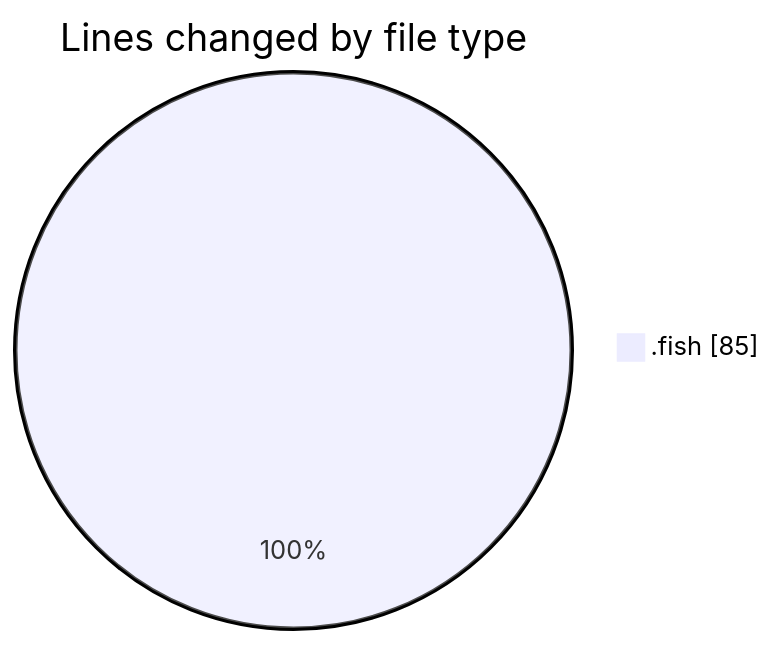
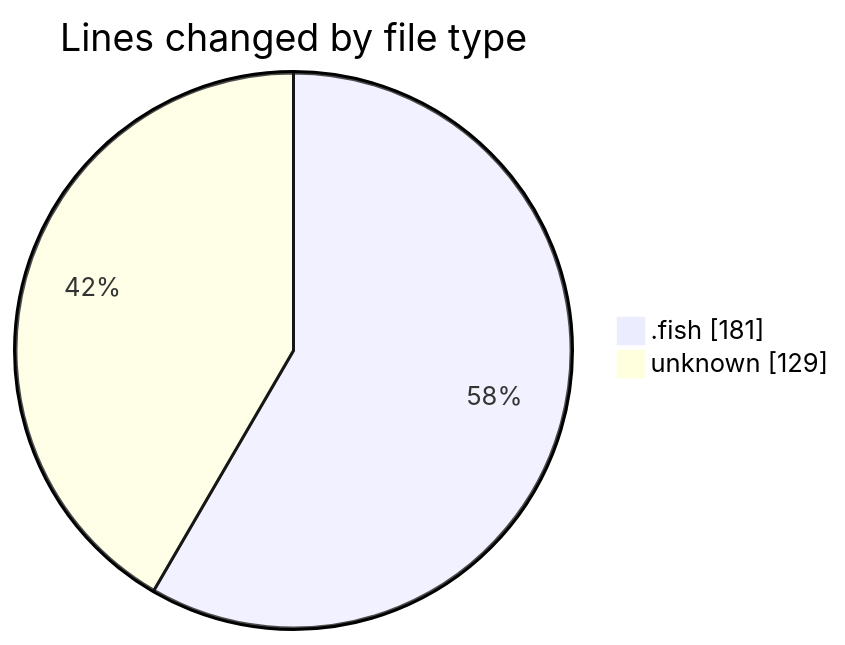
One commit to EIIisD/code-tracking changed the first of 2 diagrams in 2025-08-07/fish/README.md. Above: the diagram before and after it, drawn with Mermaid. The commit also changed other lines of this file and 1 other file, not shown here.

````diff
--- a/2025-08-07/fish/README.md
+++ b/2025-08-07/fish/README.md
@@ -20,5 +21,6 @@
 ```mermaid
 pie showData
 title Lines changed by file type
-".fish" : 85
+".fish" : 181
+"unknown" : 129
 ```
````
